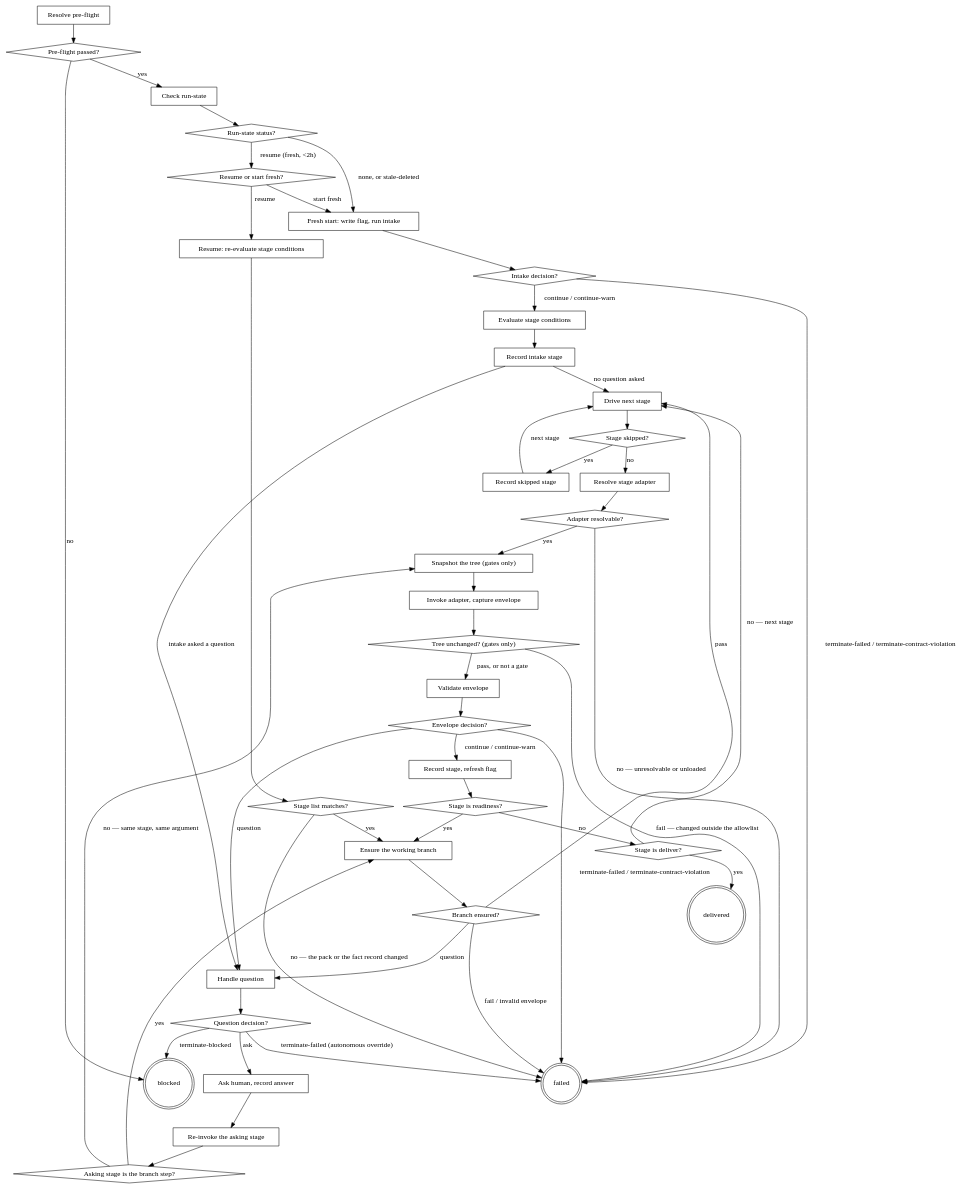
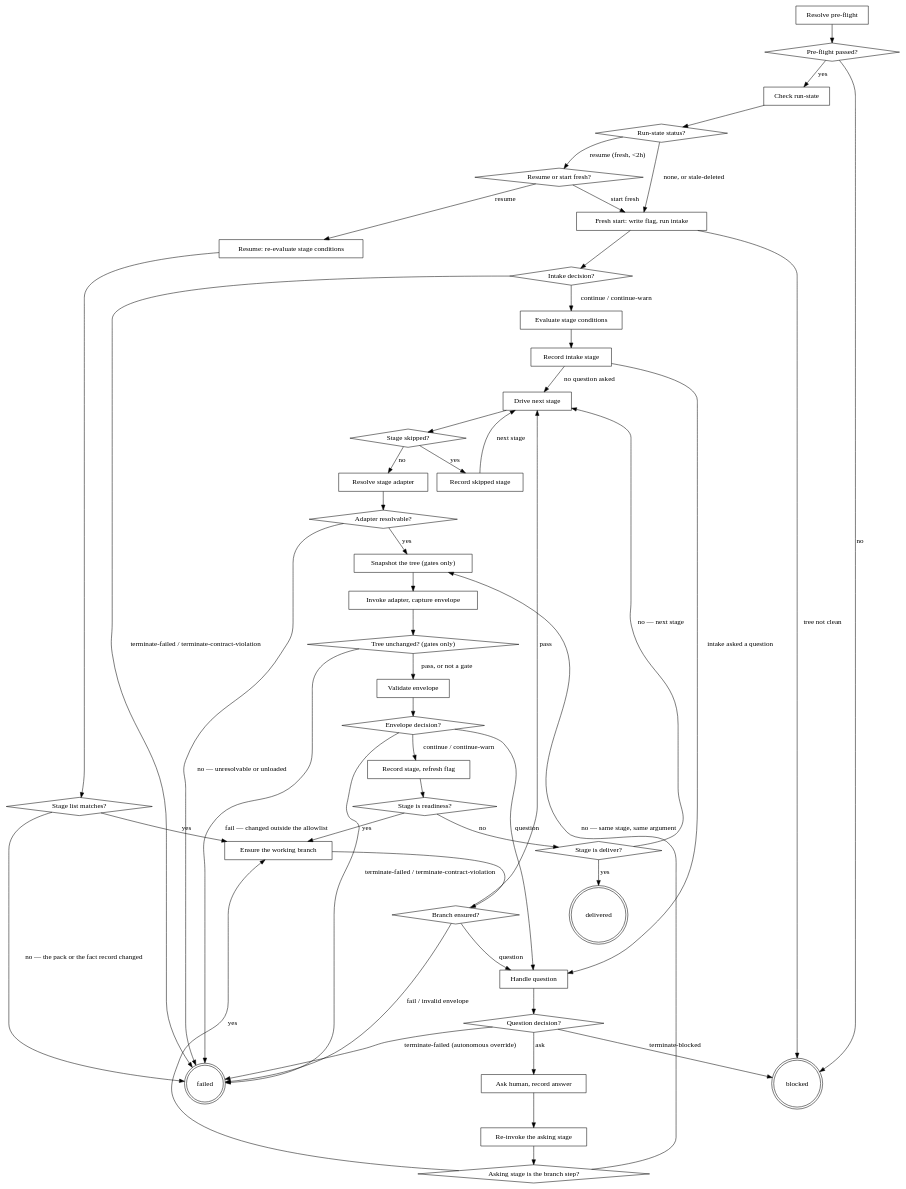
One commit to agenticDraft/aem-eds-ai-workflow-demo changed the diagram in plugins/agentic-core/skills/run-route/SKILL.md. Above: the diagram before and after it, drawn with Graphviz. The commit also changed other lines of this file and 6 other files, not shown here.

First line of the commit message:
A fresh start refuses a working tree that already holds a change (G138, D120, Phase 40 / Task 3)

```diff
--- a/plugins/agentic-core/skills/run-route/SKILL.md
+++ b/plugins/agentic-core/skills/run-route/SKILL.md
@@ -266,6 +266,7 @@
     "Run-state status?" -> "Fresh start: write flag, run intake" [label="none, or stale-deleted"];
     "Resume or start fresh?" -> "Resume: re-evaluate stage conditions" [label="resume"];
     "Resume or start fresh?" -> "Fresh start: write flag, run intake" [label="start fresh"];
+    "Fresh start: write flag, run intake" -> "blocked" [label="tree not clean"];
     "Fresh start: write flag, run intake" -> "Intake decision?";
     "Intake decision?" -> "failed" [label="terminate-failed / terminate-contract-violation"];
     "Intake decision?" -> "Evaluate stage conditions" [label="continue / continue-warn"];
```
